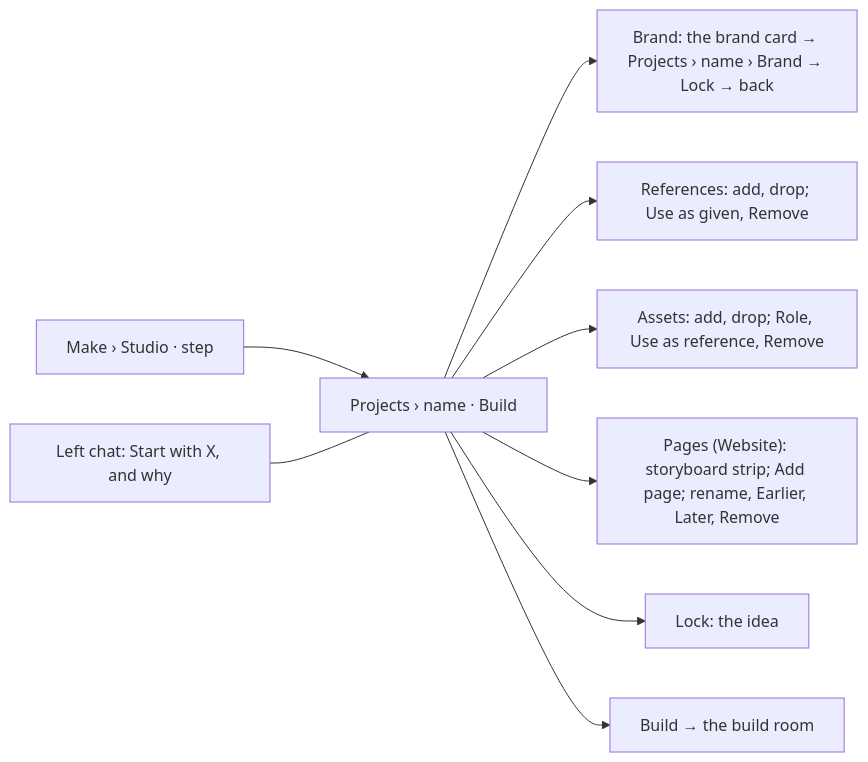
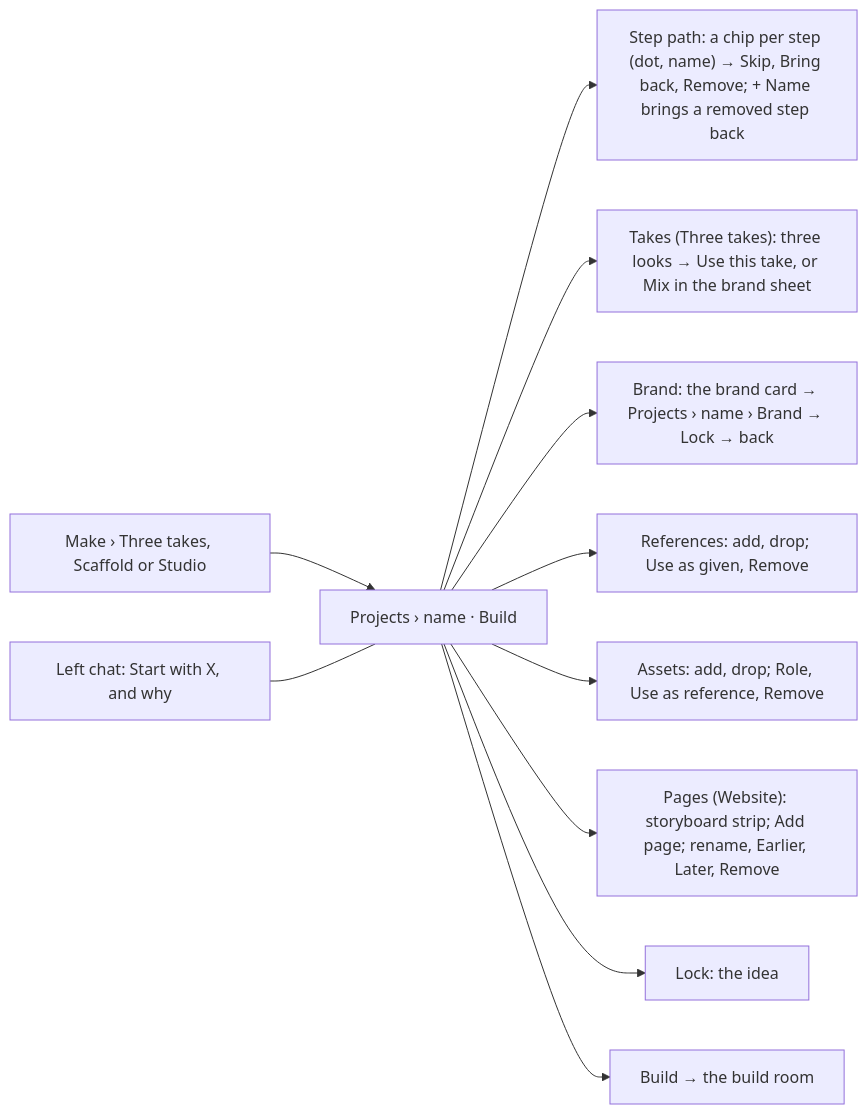
One commit to Pukujan/swarm-studio changed the seventh of 27 diagrams in docs/ux/SITEMAP.md. Above: the diagram before and after it, drawn with Mermaid. The commit also changed other lines of this file and 3 other files, not shown here.

First line of the commit message:
Spec 42: the ways to make something (Just build, Guided, Three takes, Scaffold, Studio)

````diff
--- a/docs/ux/SITEMAP.md
+++ b/docs/ux/SITEMAP.md
@@ -208,11 +212,13 @@
 ```mermaid
 flowchart LR
-  MK["Make › Studio · step"] --> SC["Projects › name · Build"]
+  MK["Make › Three takes, Scaffold or Studio"] --> SC["Projects › name · Build"]
   CH["Left chat: Start with X, and why"] --- SC
+  SC --> PA["Step path: a chip per step (dot, name) → Skip, Bring back, Remove; + Name brings a removed step back"]
+  SC --> TK["Takes (Three takes): three looks → Use this take, or Mix in the brand sheet"]
   SC --> BR["Brand: the brand card → Projects › name › Brand → Lock → back"]
   SC --> RF["References: add, drop; Use as given, Remove"]
   SC --> AS["Assets: add, drop; Role, Use as reference, Remove"]
   SC --> PG["Pages (Website): storyboard strip; Add page; rename, Earlier, Later, Remove"]
   SC --> LK["Lock: the idea"]
   SC --> BU["Build → the build room"]
 ```
````
